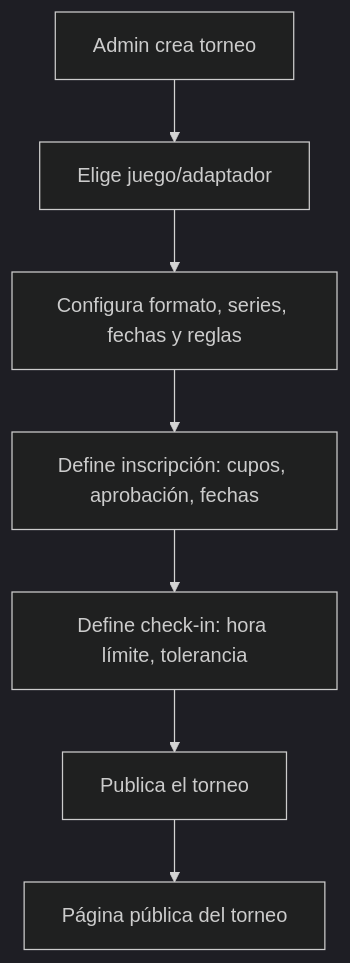
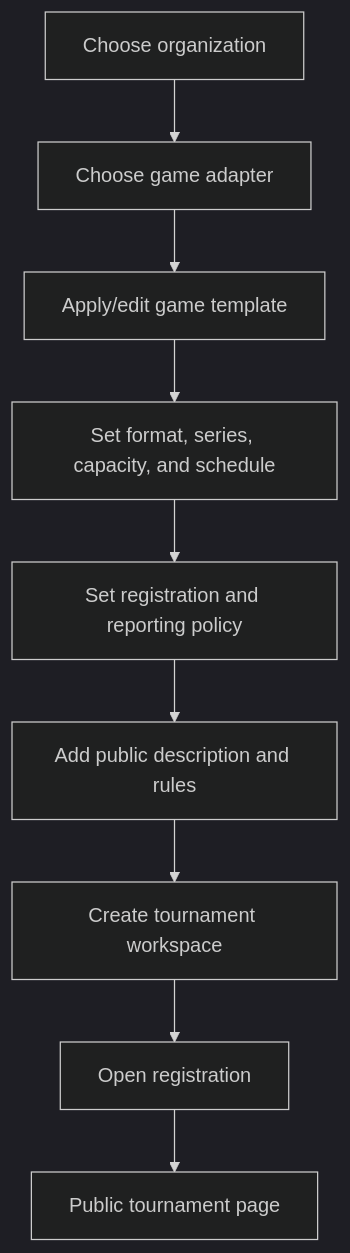
Before and after one commit to Dieguezar/opentournament: the second of 8 diagrams in docs/USER_FLOWS.md, drawn with Mermaid (dark theme). The commit also changed other lines of this file and 10 other files, not shown here.

````diff
--- a/docs/USER_FLOWS.md
+++ b/docs/USER_FLOWS.md
@@ -21,9 +20,11 @@
 ```mermaid
 flowchart TD
-  A[Admin crea torneo] --> B[Elige juego/adaptador]
-  B --> C[Configura formato, series, fechas y reglas]
-  C --> D[Define inscripción: cupos, aprobación, fechas]
-  D --> E[Define check-in: hora límite, tolerancia]
-  E --> F[Publica el torneo]
-  F --> G[Página pública del torneo]
+  A[Choose organization] --> B[Choose game adapter]
+  B --> C[Apply/edit game template]
+  C --> D[Set format, series, capacity, and schedule]
+  D --> E[Set registration and reporting policy]
+  E --> F[Add public description and rules]
+  F --> G[Create tournament workspace]
+  G --> H[Open registration]
+  H --> I[Public tournament page]
 ```
````
